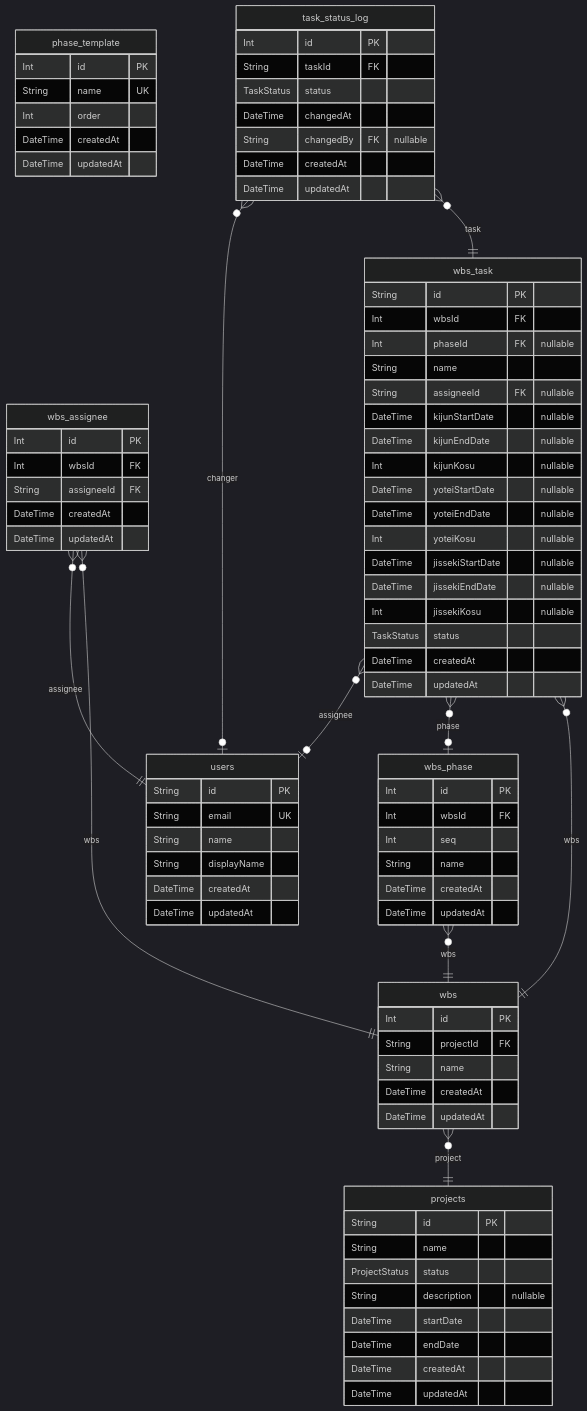
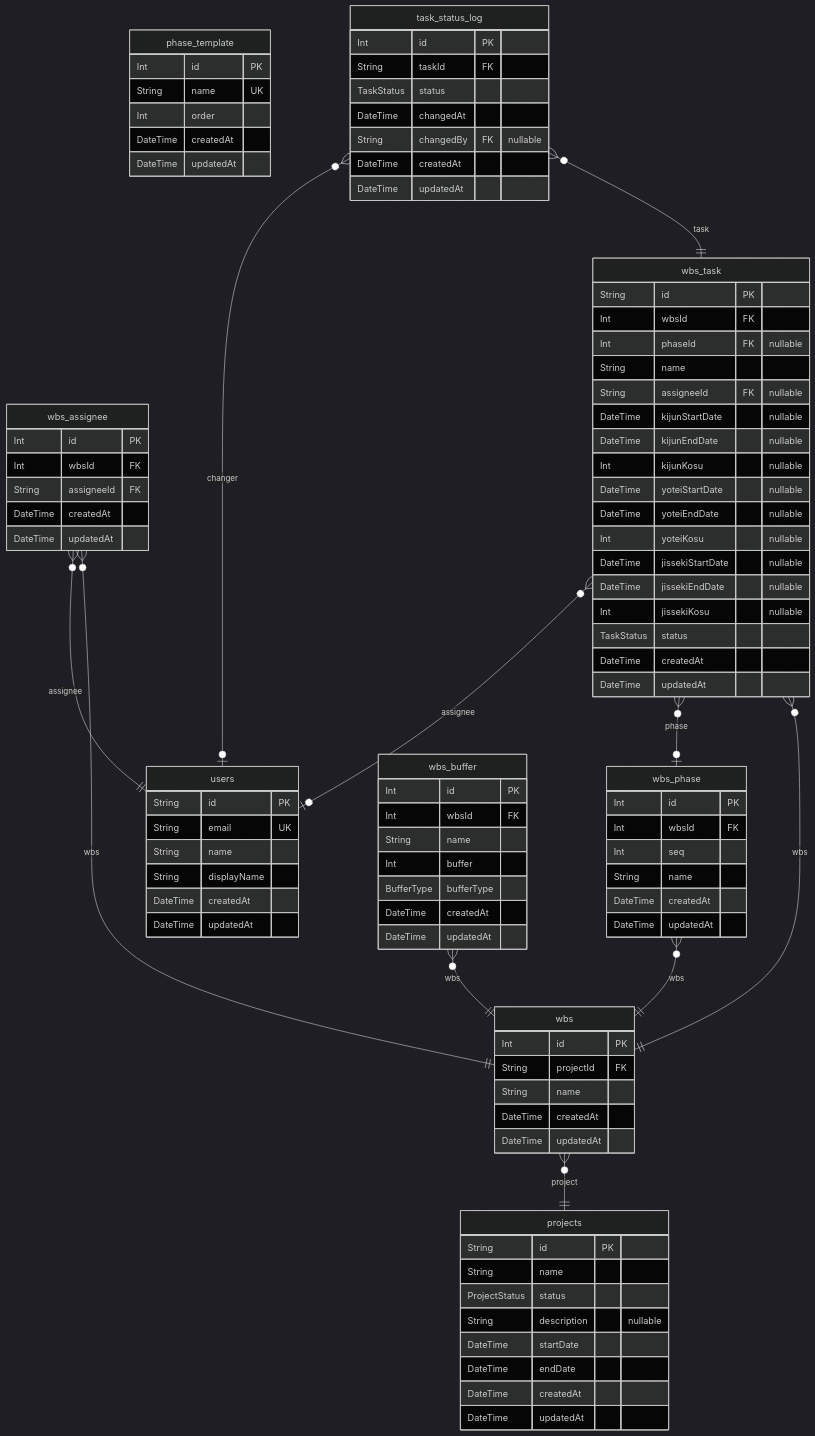
Before and after one commit to yasudaProduct/project-managed-app: the diagram in ERD.md, drawn with Mermaid (dark theme). The commit also changed other lines of this file and 4 other files, not shown here.

```diff
--- a/ERD.md
+++ b/ERD.md
@@ -53,6 +53,15 @@
   DateTime createdAt
   DateTime updatedAt
 }
+"wbs_buffer" {
+  Int id PK
+  Int wbsId FK
+  String name
+  Int buffer
+  BufferType bufferType
+  DateTime createdAt
+  DateTime updatedAt
+}
 "wbs_task" {
   String id PK
   Int wbsId FK
@@ -85,6 +94,7 @@
 "wbs_assignee" }o--|| "wbs" : wbs
 "wbs_assignee" }o--|| "users" : assignee
 "wbs_phase" }o--|| "wbs" : wbs
+"wbs_buffer" }o--|| "wbs" : wbs
 "wbs_task" }o--|| "wbs" : wbs
 "wbs_task" }o--o| "wbs_phase" : phase
 "wbs_task" }o--o| "users" : assignee
```
